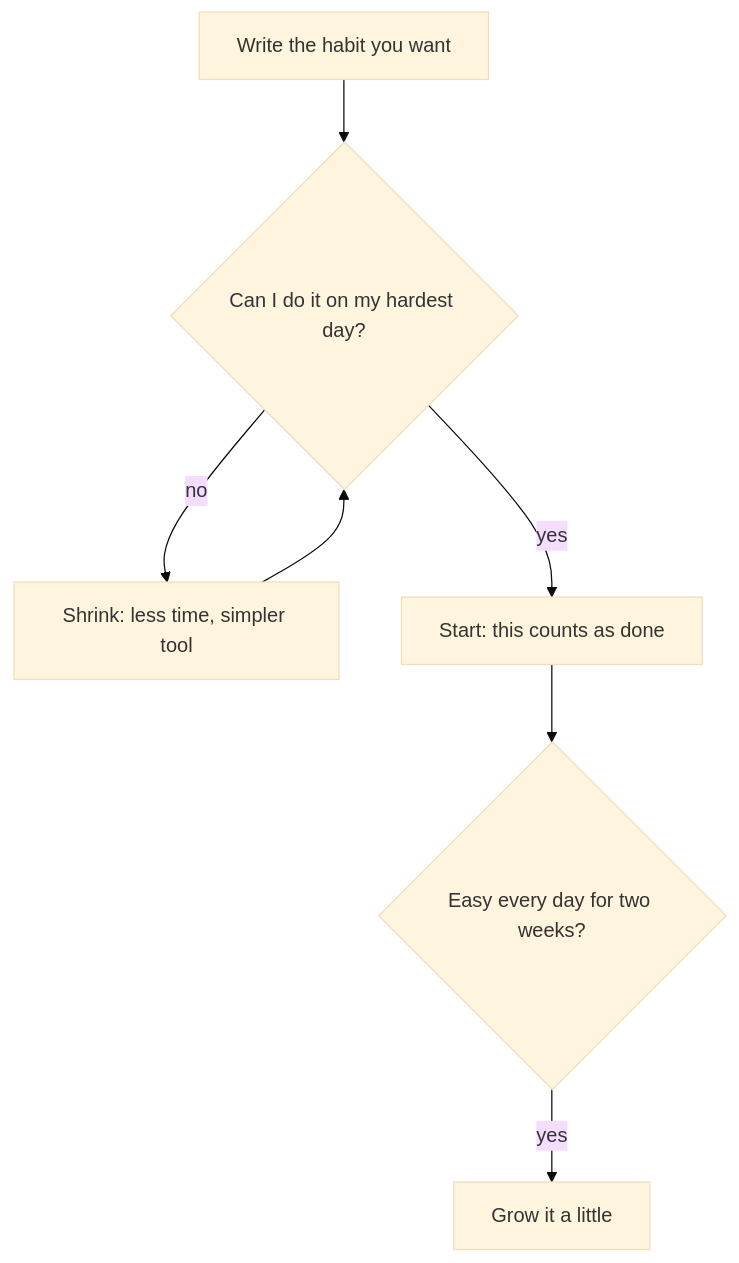
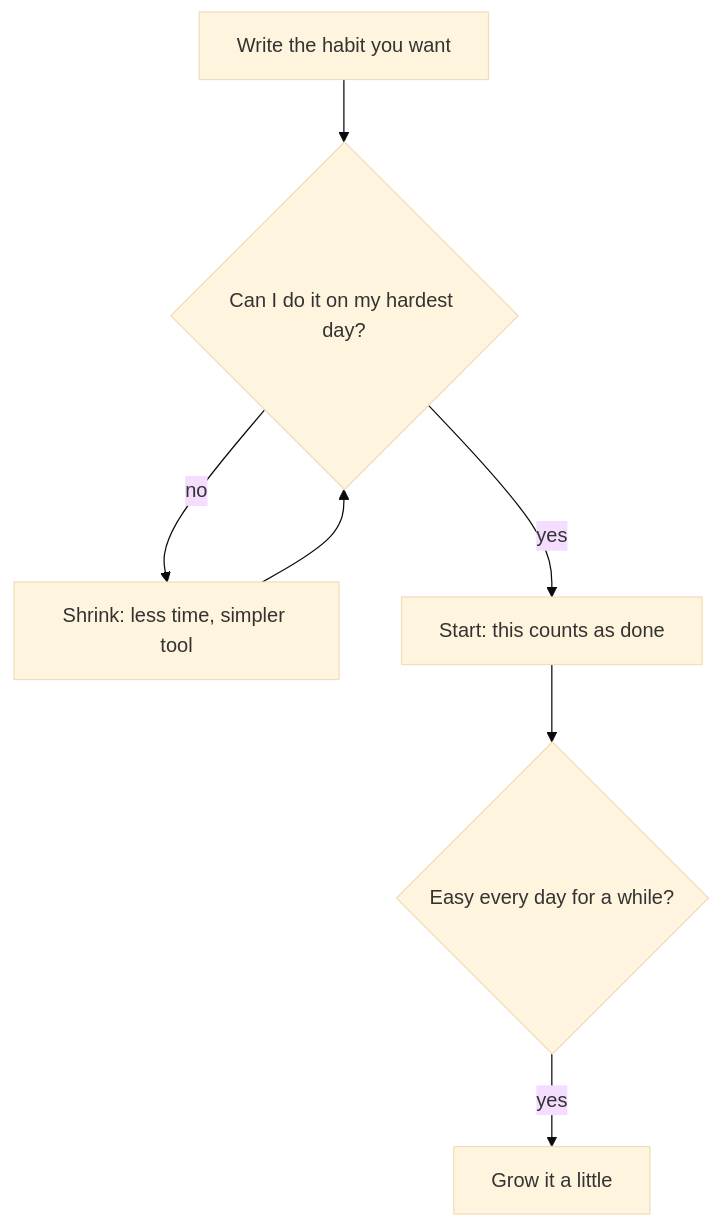
Before and after one commit to Muhammad-AnasKhan/Buildment: the diagram in content/import/building-habits/02-starting-a-habit/02.02-start-small.md, drawn with Mermaid (base theme). The commit also changed other lines of this file and 10 other files, not shown here.

````diff
--- a/content/import/building-habits/02-starting-a-habit/02.02-start-small.md
+++ b/content/import/building-habits/02-starting-a-habit/02.02-start-small.md
@@ -79,9 +79,9 @@
 ```mermaid
 flowchart TD
   A["Write the habit you want"] --> B{"Can I do it on my hardest day?"}
   B -->|"no"| C["Shrink: less time, simpler tool"]
   C --> B
   B -->|"yes"| D["Start: this counts as done"]
-  D --> E{"Easy every day for two weeks?"}
+  D --> E{"Easy every day for a while?"}
   E -->|"yes"| F["Grow it a little"]
 ```
````
